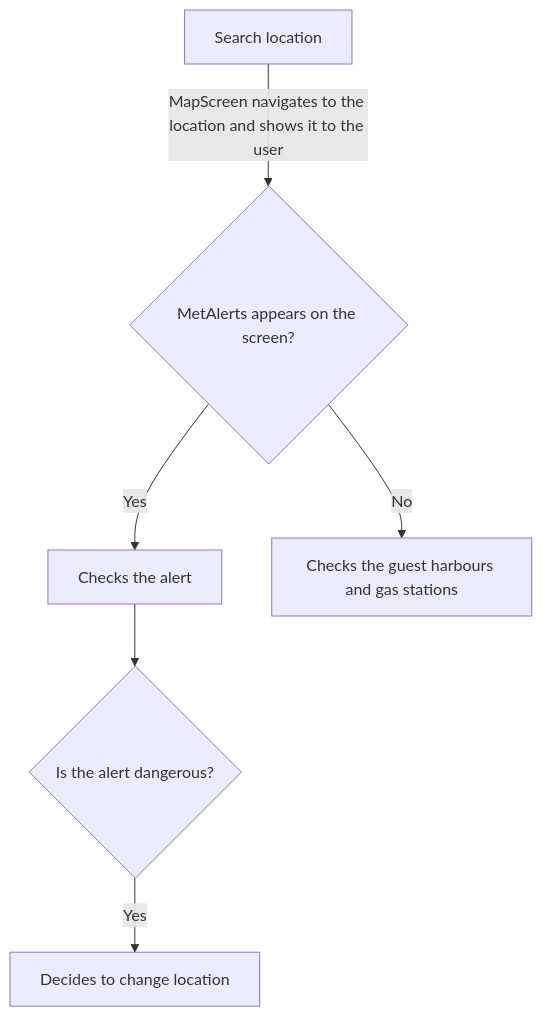
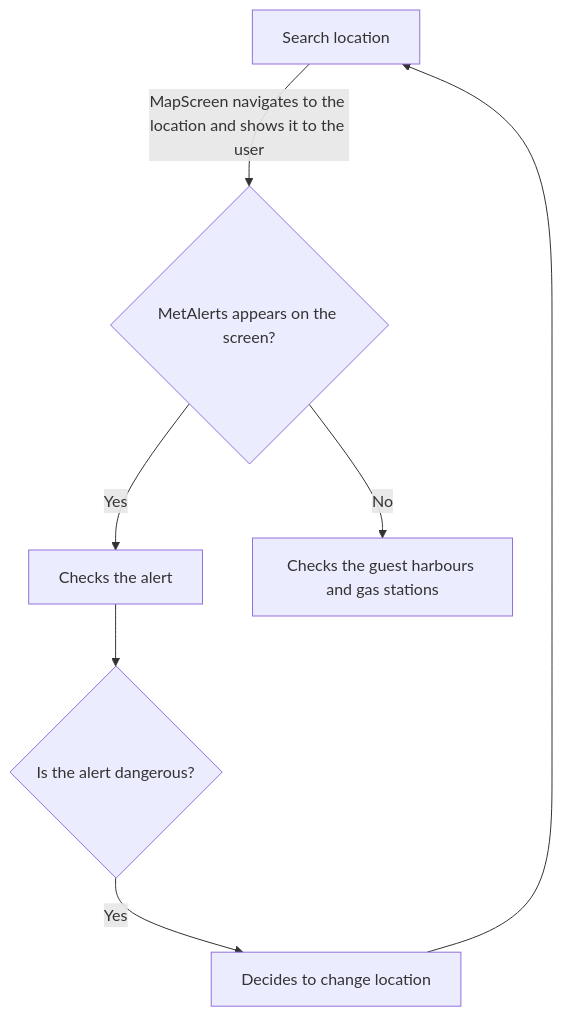
One commit to ronjainstanes/IN2000-student-project changed the second of 2 diagrams in MODELING.md. Above: the diagram before and after it, drawn with Mermaid.

Commit message:
Activity diagram start test 15

````diff
--- a/MODELING.md
+++ b/MODELING.md
@@ -126,8 +126,9 @@
 ```mermaid
 flowchart 
 A[Search location] -->|MapScreen navigates to the location and shows it to the user| B{MetAlerts appears on the screen?}
 B -->|Yes| C[Checks the alert]
 B -->|No| D[Checks the guest harbours and gas stations]
 C--> E{Is the alert dangerous?}
 E-->|Yes| F[Decides to change location]
+F-->A
 ```
````
